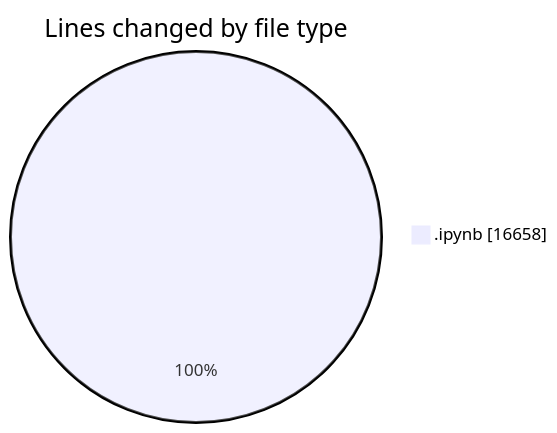
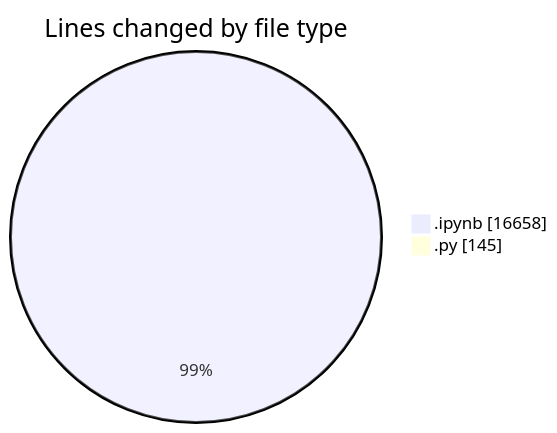
One commit to MatusMokan/code-tracking changed the first of 2 diagrams in 2025-03-20/myws__workspace_/README.md. Above: the diagram before and after it, drawn with Mermaid. The commit also changed other lines of this file and 1 other file, not shown here.

````diff
--- a/2025-03-20/myws__workspace_/README.md
+++ b/2025-03-20/myws__workspace_/README.md
@@ -20,5 +21,6 @@
 ```mermaid
 pie showData
 title Lines changed by file type
 ".ipynb" : 16658
+".py" : 145
 ```
````
